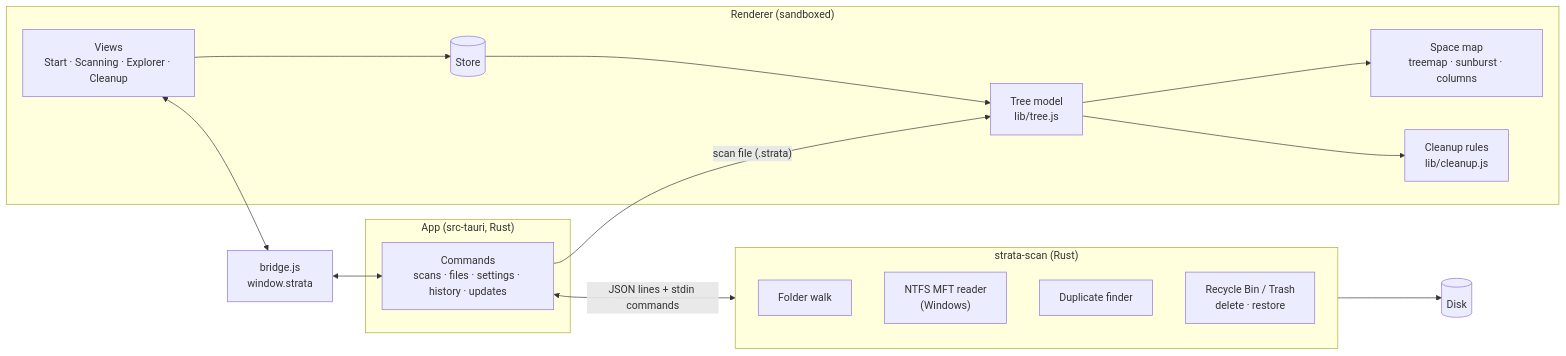
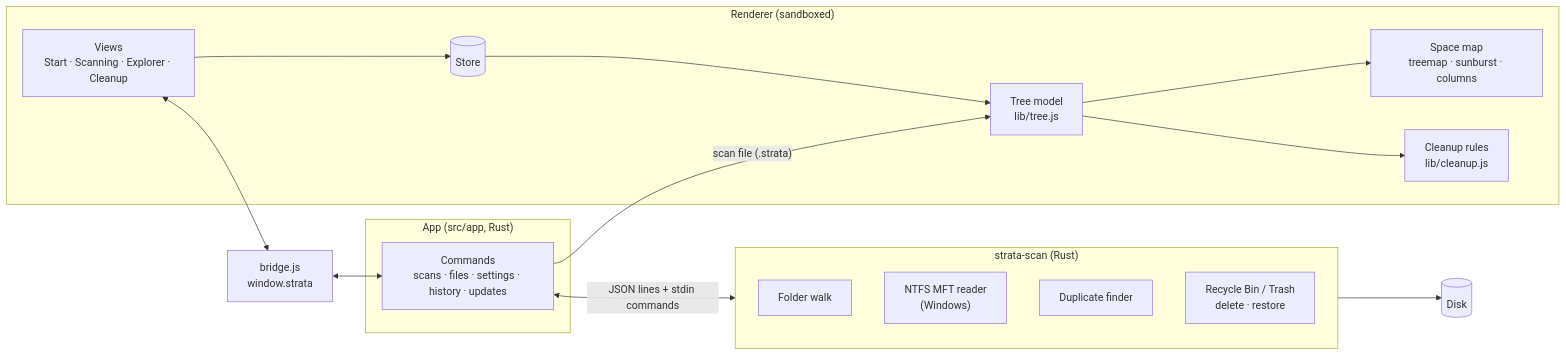
Before and after one commit to florentvdry/strata: the first of 2 diagrams in docs/ARCHITECTURE.md, drawn with Mermaid. The commit also changed other lines of this file and 37 other files, not shown here.

First line of the commit message:
Merge src-tauri into src: one source folder

````diff
--- a/docs/ARCHITECTURE.md
+++ b/docs/ARCHITECTURE.md
@@ -7,29 +7,29 @@
 ```mermaid
 flowchart LR
   subgraph UI["Renderer (sandboxed)"]
     V["Views<br/>Start · Scanning · Explorer · Cleanup"]
     S[("Store")]
     T["Tree model<br/>lib/tree.js"]
     M["Space map<br/>treemap · sunburst · columns"]
     C["Cleanup rules<br/>lib/cleanup.js"]
     V --> S
     S --> T
     T --> M
     T --> C
   end
   P["bridge.js<br/>window.strata"]
-  subgraph Main["App (src-tauri, Rust)"]
+  subgraph Main["App (src/app, Rust)"]
     IPC["Commands<br/>scans · files · settings · history · updates"]
   end
   subgraph Scanner["strata-scan (Rust)"]
     W["Folder walk"]
     MFT["NTFS MFT reader<br/>(Windows)"]
     D["Duplicate finder"]
     X["Recycle Bin / Trash<br/>delete · restore"]
   end
   Disk[("Disk")]
   V <--> P <--> IPC
   IPC <-- "JSON lines + stdin commands" --> Scanner
   Scanner --> Disk
   IPC -- "scan file (.strata)" --> T
 ```
````
